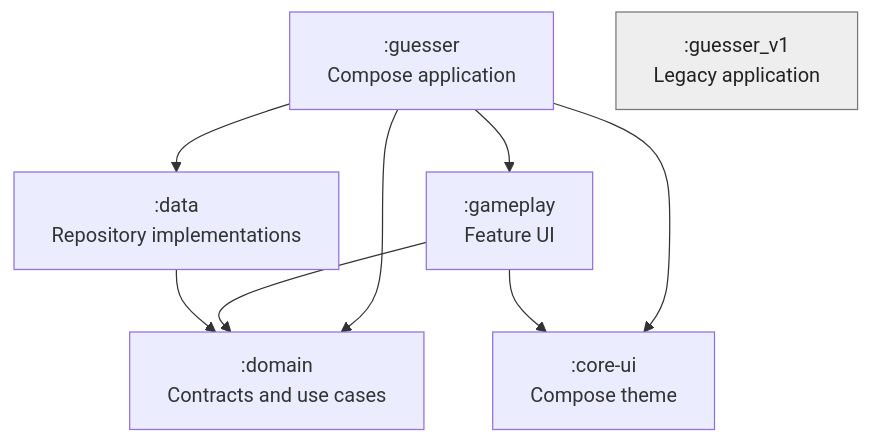
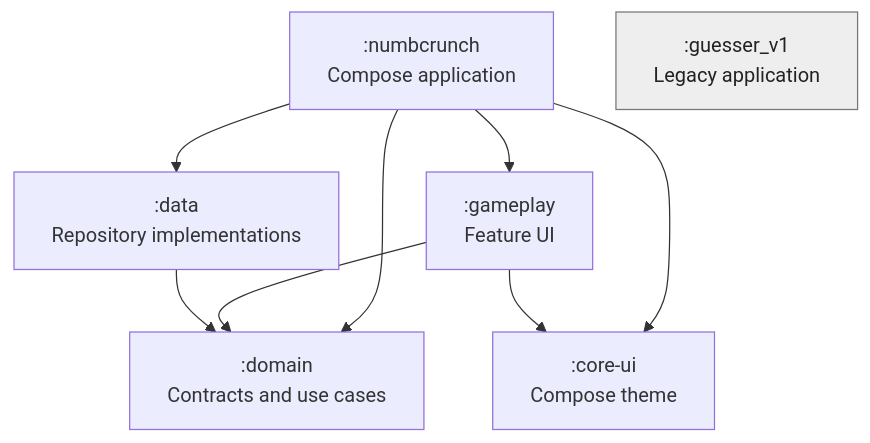
The first of 3 diagrams in docs/architecture.md (theKeval/Guesser), drawn with Mermaid before and after one commit. The commit also changed other lines of this file and 12 other files, not shown here.

````diff
--- a/docs/architecture.md
+++ b/docs/architecture.md
@@ -9,13 +9,13 @@
 ```mermaid
 flowchart TD
-    A[":guesser\nCompose application"] --> G[":gameplay\nFeature UI"]
+    A[":numbcrunch\nCompose application"] --> G[":gameplay\nFeature UI"]
     A --> D[":data\nRepository implementations"]
     A --> O[":domain\nContracts and use cases"]
     A --> C[":core-ui\nCompose theme"]
     G --> O
     G --> C
     D --> O
     V[":guesser_v1\nLegacy application"]:::legacy
 
     classDef legacy fill:#eee,stroke:#777,color:#222
 ```
````
